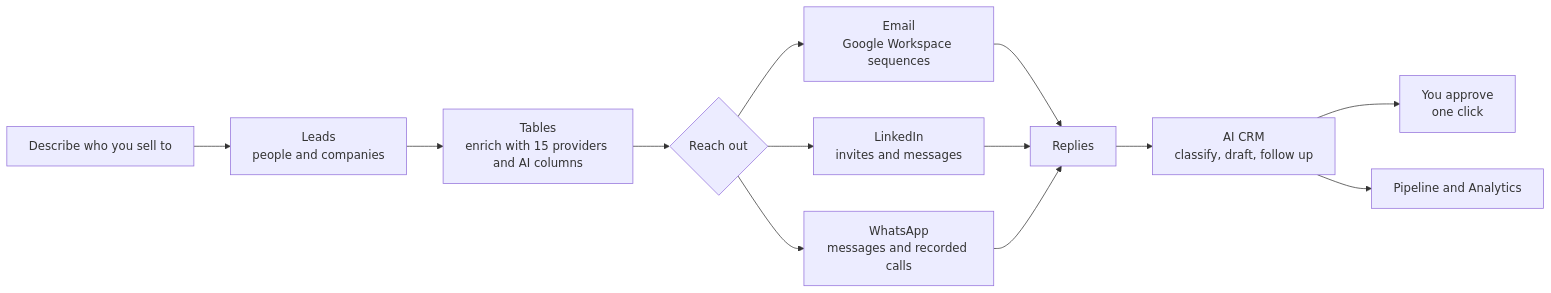
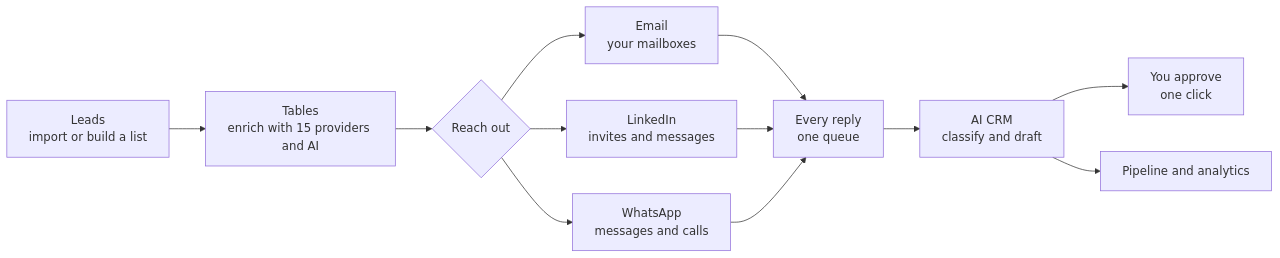
One commit to Kandid-ai/AgentSDR changed the first of 2 diagrams in README.md. Above: the diagram before and after it, drawn with Mermaid. The commit also changed other lines of this file and 23 other files, not shown here.

````diff
--- a/README.md
+++ b/README.md
@@ -98,15 +196,14 @@
 ```mermaid
 flowchart LR
-    A["Describe who you sell to"] --> B["Leads<br/>people and companies"]
-    B --> C["Tables<br/>enrich with 15 providers and AI columns"]
-    C --> D{"Reach out"}
-    D --> E["Email<br/>Google Workspace sequences"]
-    D --> F["LinkedIn<br/>invites and messages"]
-    D --> G["WhatsApp<br/>messages and recorded calls"]
-    E --> H["Replies"]
-    F --> H
-    G --> H
-    H --> I["AI CRM<br/>classify, draft, follow up"]
-    I --> J["You approve<br/>one click"]
-    I --> K["Pipeline and Analytics"]
+    A["Leads<br/>import or build a list"] --> B["Tables<br/>enrich with 15 providers and AI"]
+    B --> C{"Reach out"}
+    C --> D["Email<br/>your mailboxes"]
+    C --> E["LinkedIn<br/>invites and messages"]
+    C --> F["WhatsApp<br/>messages and calls"]
+    D --> G["Every reply<br/>one queue"]
+    E --> G
+    F --> G
+    G --> H["AI CRM<br/>classify and draft"]
+    H --> I["You approve<br/>one click"]
+    H --> J["Pipeline and analytics"]
 ```
````
